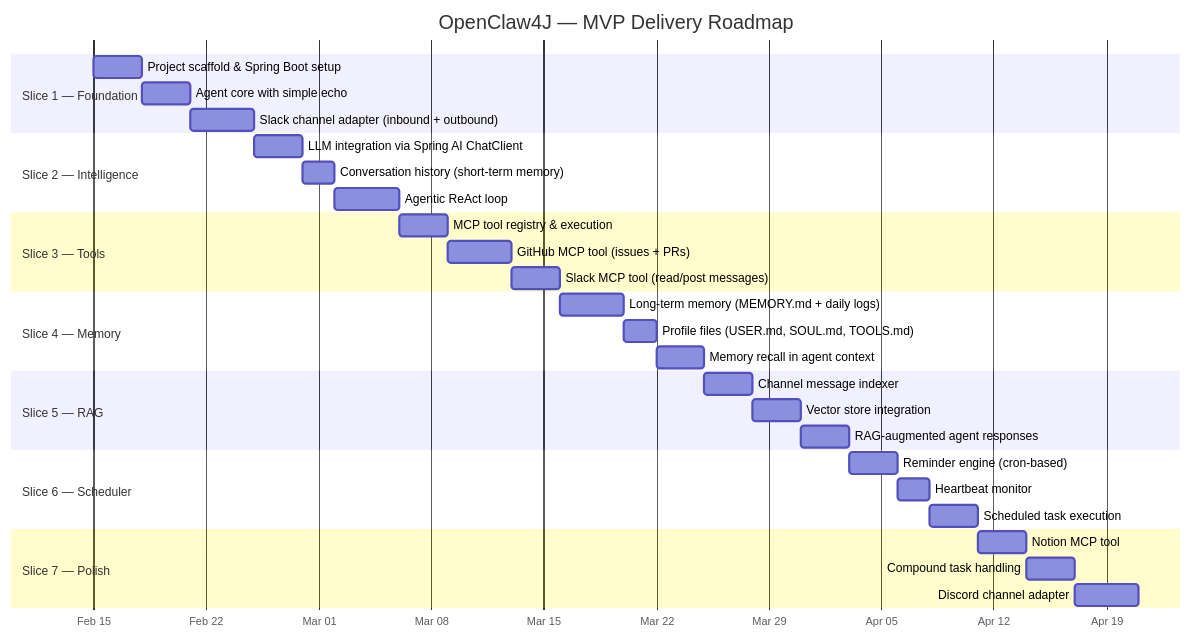
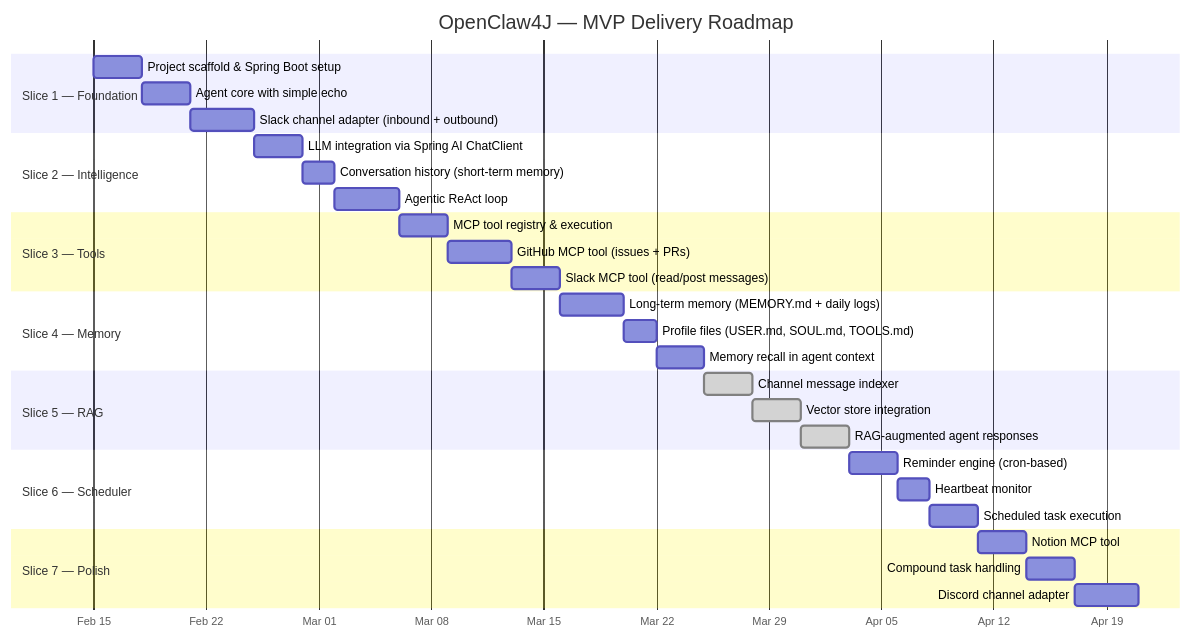
Before and after one commit to prasadgaikwad/openclaw4j: the fourth of 14 diagrams in docs/PRD.md, drawn with Mermaid. The commit also changed 16 other files, not shown here.

````diff
--- a/docs/PRD.md
+++ b/docs/PRD.md
@@ -240,41 +240,41 @@
 ```mermaid
 gantt
     title OpenClaw4J — MVP Delivery Roadmap
     dateFormat YYYY-MM-DD
     axisFormat %b %d
 
     section Slice 1 — Foundation
     Project scaffold & Spring Boot setup          :s1a, 2026-02-15, 3d
     Agent core with simple echo                   :s1b, after s1a, 3d
     Slack channel adapter (inbound + outbound)    :s1c, after s1b, 4d
 
     section Slice 2 — Intelligence
     LLM integration via Spring AI ChatClient      :s2a, after s1c, 3d
     Conversation history (short-term memory)      :s2b, after s2a, 2d
     Agentic ReAct loop                            :s2c, after s2b, 4d
 
     section Slice 3 — Tools
     MCP tool registry & execution                 :s3a, after s2c, 3d
     GitHub MCP tool (issues + PRs)                :s3b, after s3a, 4d
     Slack MCP tool (read/post messages)           :s3c, after s3b, 3d
 
     section Slice 4 — Memory
     Long-term memory (MEMORY.md + daily logs)     :s4a, after s3c, 4d
     Profile files (USER.md, SOUL.md, TOOLS.md)    :s4b, after s4a, 2d
     Memory recall in agent context                :s4c, after s4b, 3d
 
     section Slice 5 — RAG
-    Channel message indexer                       :s5a, after s4c, 3d
-    Vector store integration                      :s5b, after s5a, 3d
-    RAG-augmented agent responses                 :s5c, after s5b, 3d
+    Channel message indexer                       :done, s5a, after s4c, 3d
+    Vector store integration                      :done, s5b, after s5a, 3d
+    RAG-augmented agent responses                 :done, s5c, after s5b, 3d
 
     section Slice 6 — Scheduler
     Reminder engine (cron-based)                  :s6a, after s5c, 3d
     Heartbeat monitor                             :s6b, after s6a, 2d
     Scheduled task execution                      :s6c, after s6b, 3d
 
     section Slice 7 — Polish
     Notion MCP tool                               :s7a, after s6c, 3d
     Compound task handling                        :s7b, after s7a, 3d
     Discord channel adapter                       :s7c, after s7b, 4d
 ```
````
